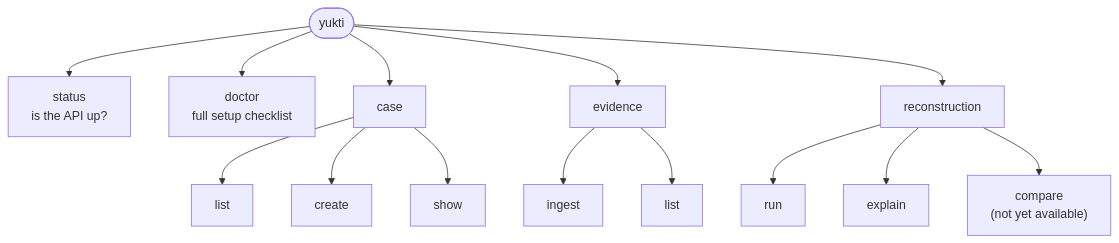
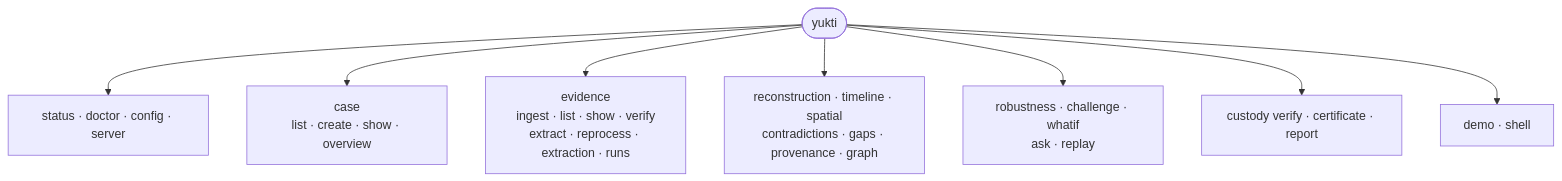
One commit to NotKrish019/SutramPrototype changed the seventh of 7 diagrams in README.md. Above: the diagram before and after it, drawn with Mermaid. The commit also changed other lines of this file and 2 other files, not shown here.

````diff
--- a/README.md
+++ b/README.md
@@ -260,11 +264,10 @@
 ```mermaid
 flowchart TD
-    Y(["yukti"]) --> ST["status<br/>is the API up?"]
-    Y --> DR["doctor<br/>full setup checklist"]
-    Y --> CA["case"]
-    Y --> EV["evidence"]
-    Y --> RC["reconstruction"]
-    CA --> CA1["list"] & CA2["create"] & CA3["show"]
-    EV --> EV1["ingest"] & EV2["list"]
-    RC --> RC1["run"] & RC2["explain"] & RC3["compare<br/>(not yet available)"]
+    Y(["yukti"]) --> SETUP["status · doctor · config · server"]
+    Y --> CA["case<br/>list · create · show · overview"]
+    Y --> EV["evidence<br/>ingest · list · show · verify<br/>extract · reprocess · extraction · runs"]
+    Y --> AN["reconstruction · timeline · spatial<br/>contradictions · gaps · provenance · graph"]
+    Y --> AS["robustness · challenge · whatif<br/>ask · replay"]
+    Y --> CT["custody verify · certificate · report"]
+    Y --> TOUR["demo · shell"]
 ```
````
